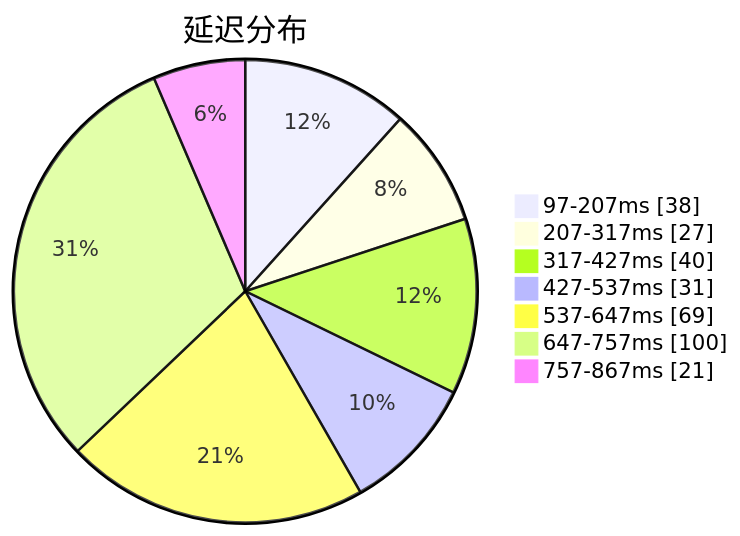
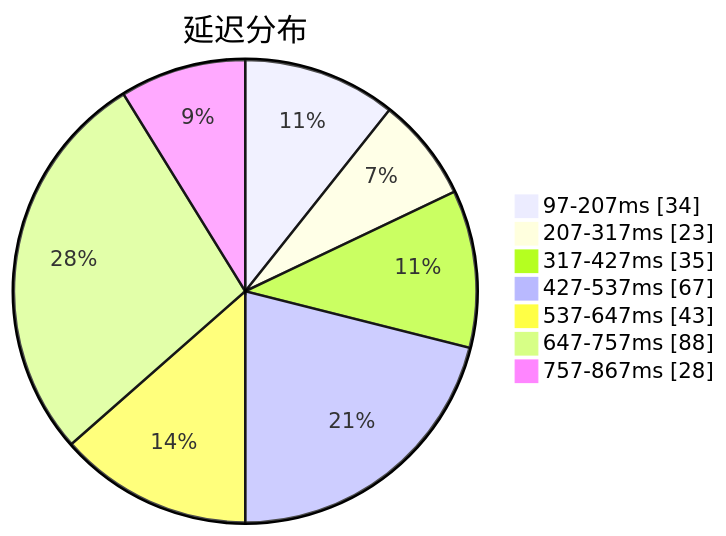
Before and after one commit to sinspired/airport: the first of 3 diagrams in subs/statistics/tested_within.md, drawn with Mermaid. The commit also changed other lines of this file and 2 other files, not shown here.

````diff
--- a/subs/statistics/tested_within.md
+++ b/subs/statistics/tested_within.md
@@ -2,11 +2,11 @@
 ```mermaid
 pie showData
 title 延迟分布
-"97-207ms" : 38
-"207-317ms" : 27
-"317-427ms" : 40
-"427-537ms" : 31
-"537-647ms" : 69
-"647-757ms" : 100
-"757-867ms" : 21
+"97-207ms" : 34
+"207-317ms" : 23
+"317-427ms" : 35
+"427-537ms" : 67
+"537-647ms" : 43
+"647-757ms" : 88
+"757-867ms" : 28
 ```
````
